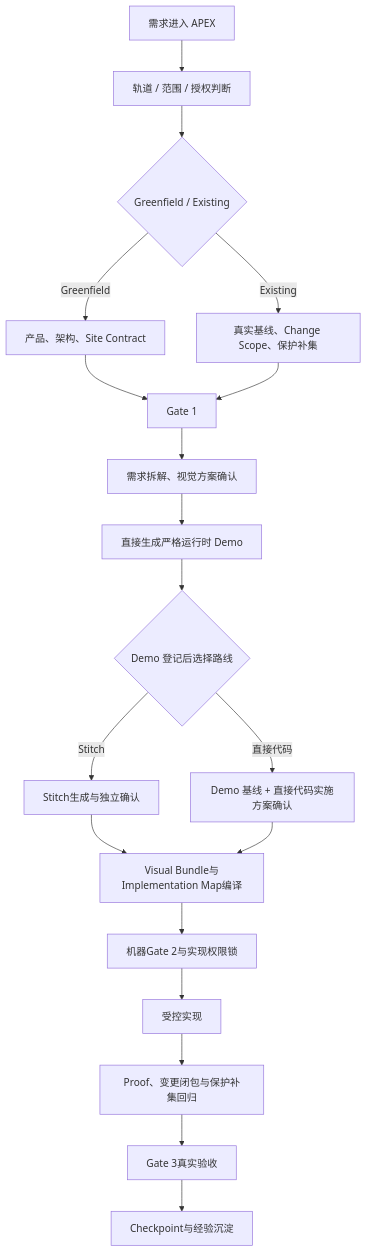
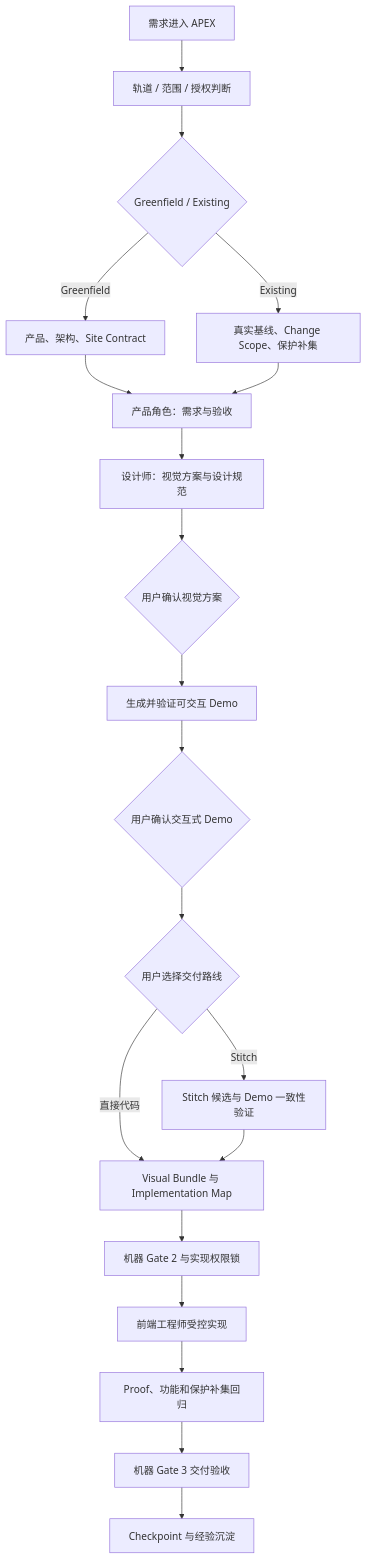
The third of 6 diagrams in system-docs/technical-architecture.md (bigywave-gif/APEX), drawn with Mermaid before and after one commit. The commit also changed other lines of this file and 185 other files, not shown here.

````diff
--- a/system-docs/technical-architecture.md
+++ b/system-docs/technical-architecture.md
@@ -61,21 +61,22 @@
 ```mermaid
 flowchart TD
     A["需求进入 APEX"] --> B["轨道 / 范围 / 授权判断"]
     B --> C{"Greenfield / Existing"}
     C -->|Greenfield| D["产品、架构、Site Contract"]
     C -->|Existing| E["真实基线、Change Scope、保护补集"]
-    D --> F["Gate 1"]
+    D --> F["产品角色：需求与验收"]
     E --> F
-    F --> V["需求拆解、视觉方案确认"]
-    V --> G["直接生成严格运行时 Demo"]
-    G --> R{"Demo 登记后选择路线"}
-    R -->|Stitch| S["Stitch生成与独立确认"]
-    R -->|直接代码| H["Demo 基线 + 直接代码实施方案确认"]
-    S --> I["Visual Bundle与Implementation Map编译"]
-    H --> I
-    I --> J["机器Gate 2与实现权限锁"]
-    J --> K["受控实现"]
-    K --> L["Proof、变更闭包与保护补集回归"]
-    L --> M["Gate 3真实验收"]
-    M --> N["Checkpoint与经验沉淀"]
+    F --> V["设计师：视觉方案与设计规范"]
+    V --> C1{"用户确认视觉方案"}
+    C1 --> G["生成并验证可交互 Demo"]
+    G --> C2{"用户确认交互式 Demo"}
+    C2 --> R{"用户选择交付路线"}
+    R -->|Stitch| S["Stitch 候选与 Demo 一致性验证"]
+    R -->|直接代码| I["Visual Bundle 与 Implementation Map"]
+    S --> I
+    I --> J["机器 Gate 2 与实现权限锁"]
+    J --> K["前端工程师受控实现"]
+    K --> L["Proof、功能和保护补集回归"]
+    L --> M["机器 Gate 3 交付验收"]
+    M --> N["Checkpoint 与经验沉淀"]
 ```
````
